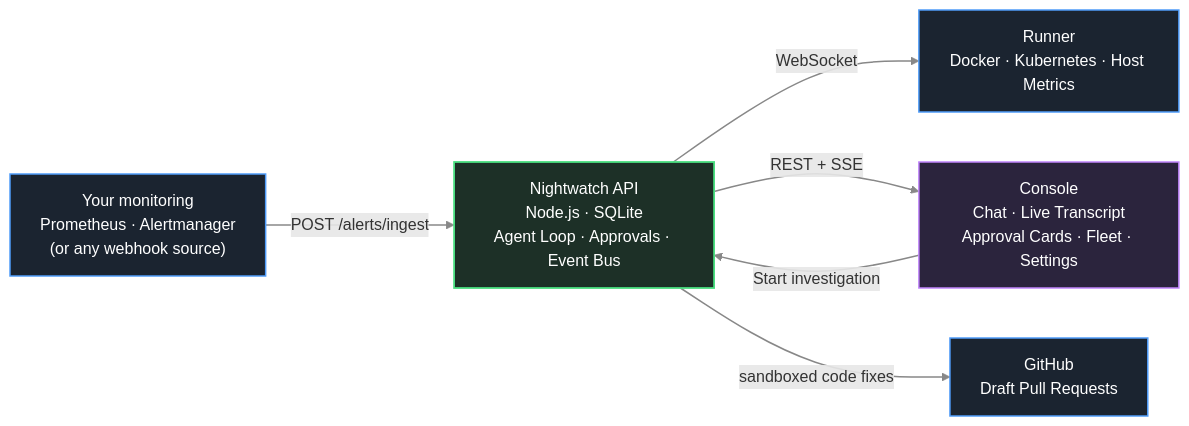
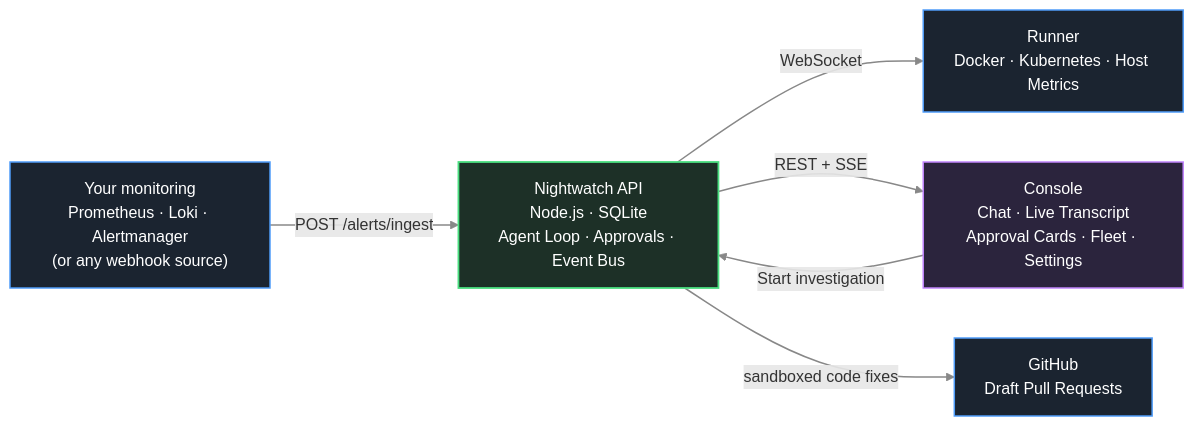
Before and after one commit to PrabhatMattoo/NightWarden: the diagram in README.md, drawn with Mermaid. The commit also changed other lines of this file and 19 other files, not shown here.

````diff
--- a/README.md
+++ b/README.md
@@ -19,32 +19,32 @@
 ```mermaid
 flowchart LR
 
 %% Infrastructure
-monitoring["Your monitoring<br/>Prometheus · Alertmanager<br/>(or any webhook source)"]
+monitoring["Your monitoring<br/>Prometheus · Loki · Alertmanager<br/>(or any webhook source)"]
 runner["Runner<br/>Docker · Kubernetes · Host Metrics"]
 
 %% Brain
 api["Nightwatch API<br/>Node.js · SQLite<br/>Agent Loop · Approvals · Event Bus"]
 
 %% UI
 console["Console<br/>Chat · Live Transcript<br/>Approval Cards · Fleet · Settings"]
 
 %% Code
 github["GitHub<br/>Draft Pull Requests"]
 
 monitoring -- POST /alerts/ingest --> api
 console -- Start investigation --> api
 api -- WebSocket --> runner
 api -- REST + SSE --> console
 api -- sandboxed code fixes --> github
 
 classDef infra fill:#1b2430,stroke:#4f9cf9,color:#fff,stroke-width:1.5;
 classDef api fill:#1d3027,stroke:#4ade80,color:#fff,stroke-width:1.8;
 classDef ui fill:#2b243d,stroke:#c084fc,color:#fff,stroke-width:1.5;
 
 class monitoring,runner,github infra;
 class api api;
 class console ui;
 
 linkStyle default stroke:#888,stroke-width:1.5;
 ```
````
